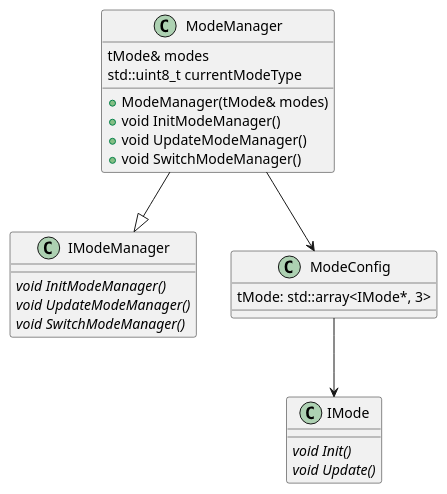
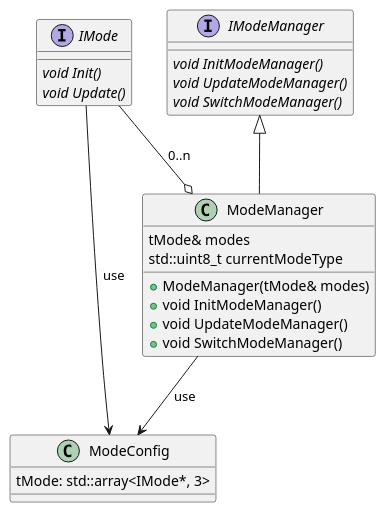
One commit to Mashalets/lets-go changed the diagram in LAB5_6.adoc. Above: the diagram before and after it, drawn with PlantUML. The commit also changed other lines of this file, not shown here.

```diff
--- a/LAB5_6.adoc
+++ b/LAB5_6.adoc
@@ -26,33 +26,34 @@
 [plantuml, format=png]
 ----
 
 class ModeManager {
     tMode& modes
     std::uint8_t currentModeType
     + ModeManager(tMode& modes)
     + void InitModeManager()
     + void UpdateModeManager()
     + void SwitchModeManager()
 }
 
 
-class IModeManager {
+Interface IModeManager {
     {abstract} void InitModeManager()
     {abstract} void UpdateModeManager()
     {abstract} void SwitchModeManager()
 }
 
 class ModeConfig {
     tMode: std::array<IMode*, 3>
 }
 
-class IMode {
+Interface IMode {
     {abstract} void Init()
     {abstract} void Update()
 }
 
-ModeManager --|> IModeManager
-ModeManager --> ModeConfig
-ModeConfig --> IMode 
+IModeManager <|-- ModeManager
+IMode --> ModeConfig : use
+IMode --o ModeManager: 0..n
+ModeManager --> ModeConfig : use
 
 ----
```
